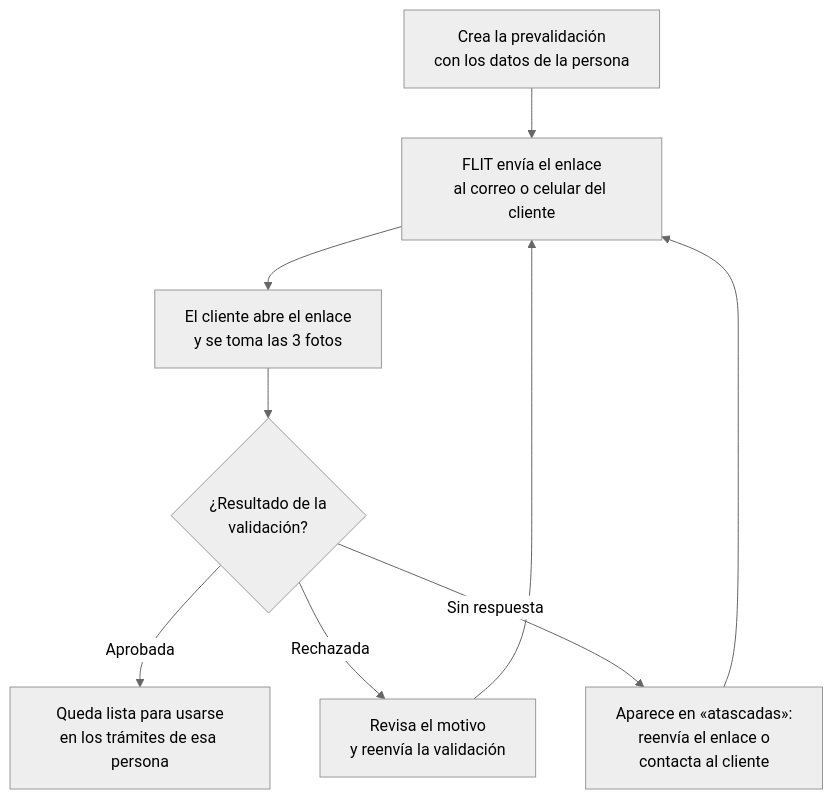
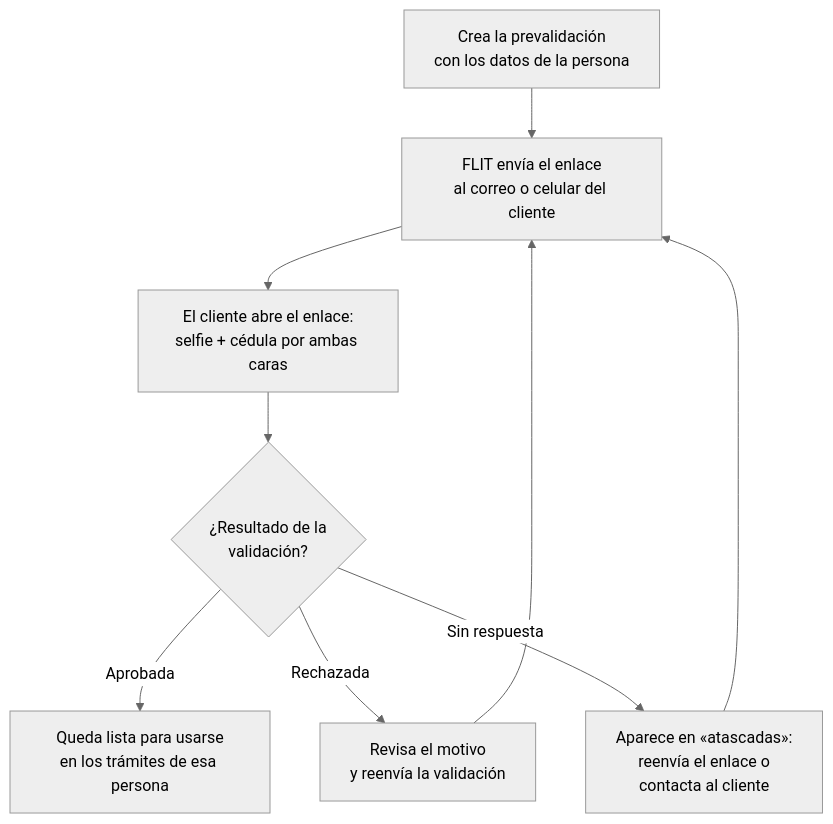
The diagram in frontend/lib/manual/diagrams/flujo-prevalidacion.mmd (flitsas/flit), drawn with Mermaid (neutral theme) before and after one commit. The commit also changed 1 other file, not shown here.

Commit message:
HU13016: el diagrama de prevalidacion refleja la biometria real
Selfie + cedula por ambas caras, como verifico el articulo del portal
de participantes contra BiometricCapture; el diagrama decia 3 fotos
del rostro. Detectado en la pasada de verificacion del portal.

```diff
--- a/frontend/lib/manual/diagrams/flujo-prevalidacion.mmd
+++ b/frontend/lib/manual/diagrams/flujo-prevalidacion.mmd
@@ -1,9 +1,9 @@
 flowchart TD
     A["Crea la prevalidación\ncon los datos de la persona"] --> B["FLIT envía el enlace\nal correo o celular del cliente"]
-    B --> C["El cliente abre el enlace\ny se toma las 3 fotos"]
+    B --> C["El cliente abre el enlace:\nselfie + cédula por ambas caras"]
     C --> D{"¿Resultado de la\nvalidación?"}
     D -- "Aprobada" --> E["Queda lista para usarse\nen los trámites de esa persona"]
     D -- "Rechazada" --> F["Revisa el motivo\ny reenvía la validación"]
     F --> B
     D -- "Sin respuesta" --> G["Aparece en «atascadas»:\nreenvía el enlace o\ncontacta al cliente"]
     G --> B
```
